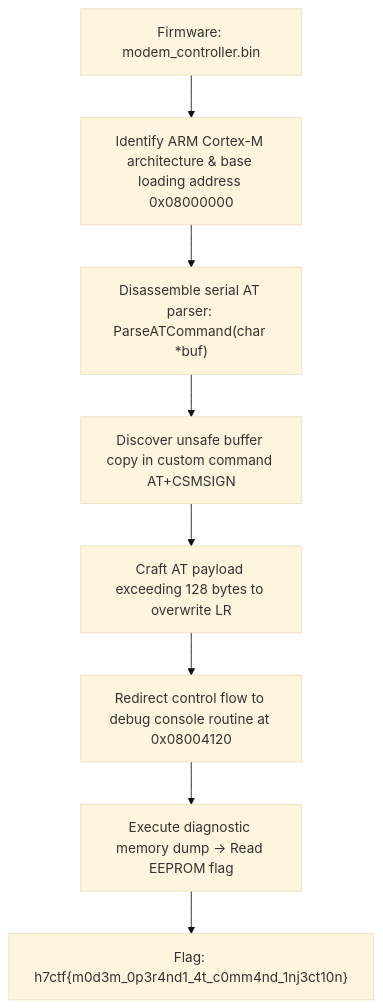
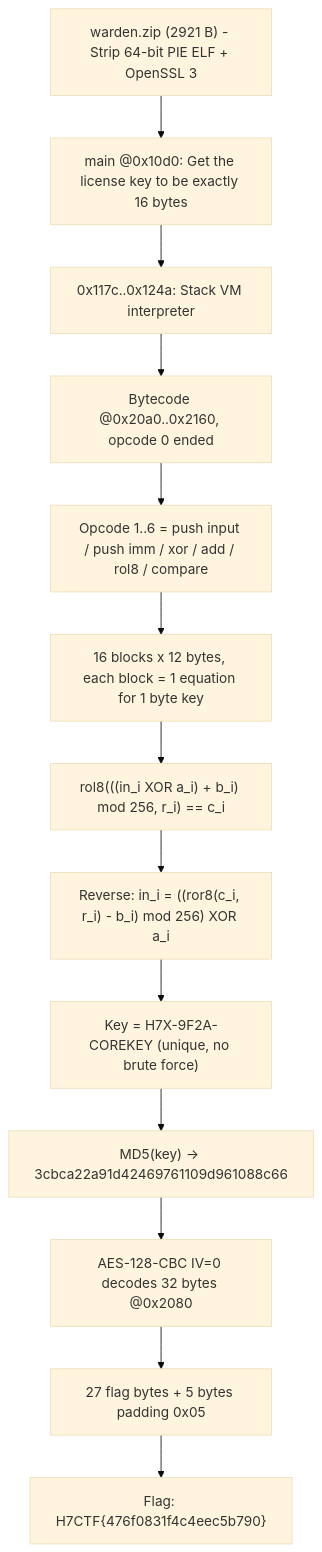
The second of 2 diagrams in _posts/2026-09-27-modem-operandi.md (Lizamort1/ctf-writeups), drawn with Mermaid (base theme) before and after one commit. The commit also changed other lines of this file and 42 other files, not shown here.

Commit message:
fix: synchronize bilingual writeups and redraw diagrams

````diff
--- a/_posts/2026-09-27-modem-operandi.md
+++ b/_posts/2026-09-27-modem-operandi.md
@@ -114,10 +118,15 @@
 ```mermaid
 flowchart TD
-    A["Firmware: modem_controller.bin"] --> B["Identify ARM Cortex-M architecture & base loading address 0x08000000"]
-    B --> C["Disassemble serial AT parser: ParseATCommand(char *buf)"]
-    C --> D["Discover unsafe buffer copy in custom command AT+CSMSIGN"]
-    D --> E["Craft AT payload exceeding 128 bytes to overwrite LR"]
-    E --> F["Redirect control flow to debug console routine at 0x08004120"]
-    F --> G["Execute diagnostic memory dump -> Read EEPROM flag"]
-    G --> H["Flag: h7ctf{m0d3m_0p3r4nd1_4t_c0mm4nd_1nj3ct10n}"]
+    A["warden.zip (2921 B) - Strip 64-bit PIE ELF + OpenSSL 3"] --> B["main @0x10d0: Get the license key to be exactly 16 bytes"]
+    B --> C["0x117c..0x124a: Stack VM interpreter"]
+    C --> D["Bytecode @0x20a0..0x2160, opcode 0 ended"]
+    D --> E["Opcode 1..6 = push input / push imm / xor / add / rol8 / compare"]
+    E --> F["16 blocks x 12 bytes, each block = 1 equation for 1 byte key"]
+    F --> G["rol8(((in_i XOR a_i) + b_i) mod 256, r_i) == c_i"]
+    G --> H["Reverse: in_i = ((ror8(c_i, r_i) - b_i) mod 256) XOR a_i"]
+    H --> I["Key = H7X-9F2A-COREKEY (unique, no brute force)"]
+    I --> J["MD5(key) -> 3cbca22a91d42469761109d961088c66"]
+    J --> K["AES-128-CBC IV=0 decodes 32 bytes @0x2080"]
+    K --> L["27 flag bytes + 5 bytes padding 0x05"]
+    L --> M["Flag: H7CTF{476f0831f4c4eec5b790}"]
 ```
````
